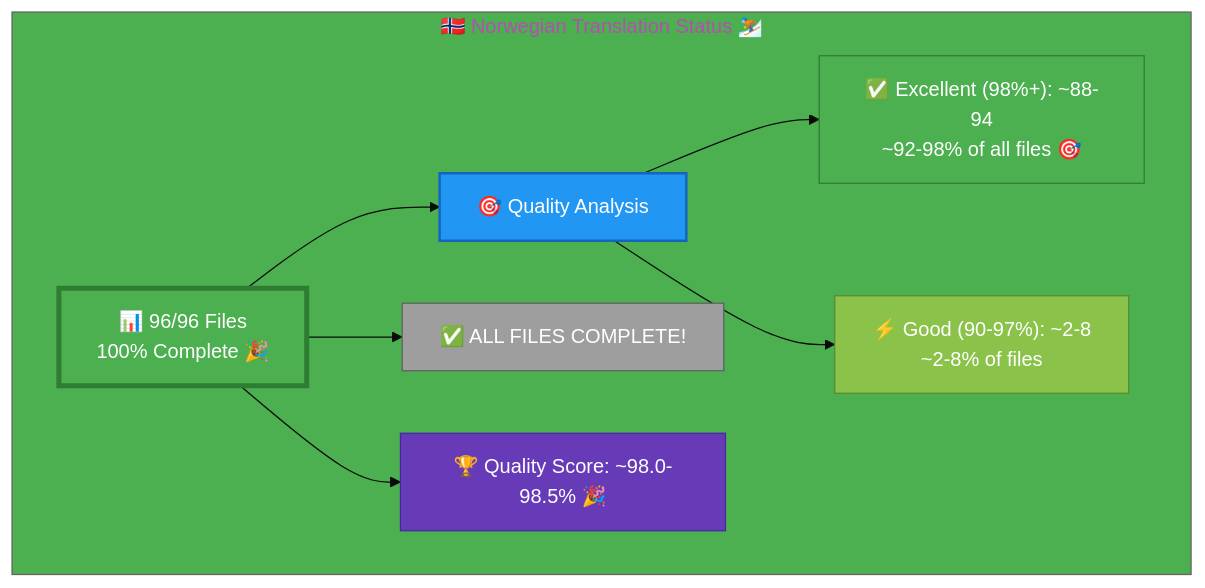
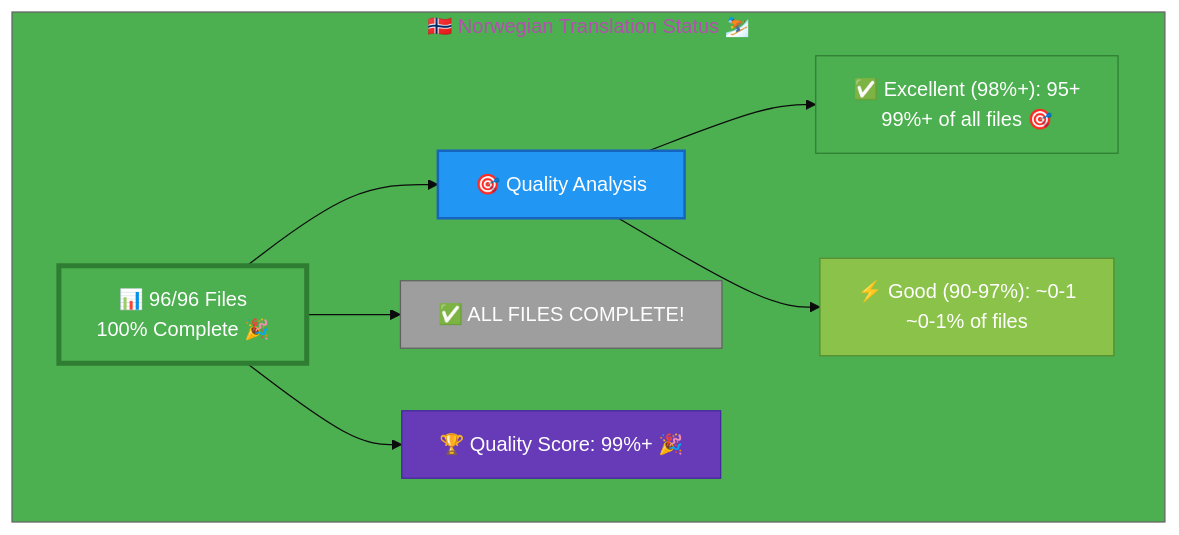
The diagram in Norwegian-Translation-Status.md (Hack23/homepage), drawn with Mermaid before and after one commit. The commit also changed other lines of this file and 2 other files, not shown here.

````diff
--- a/Norwegian-Translation-Status.md
+++ b/Norwegian-Translation-Status.md
@@ -12,22 +12,22 @@
 ```mermaid
 %%{init: {'theme':'base', 'themeVariables': {'primaryColor':'#4CAF50','secondaryColor':'#2196F3','tertiaryColor':'#4CAF50','fontSize':'16px'}}}%%
 graph TB
     subgraph "🇳🇴 Norwegian Translation Status ⛷️"
         A["📊 96/96 Files<br/>100% Complete 🎉 "]
         
         A --> B["🎯 Quality Analysis"]
-        B --> C["✅ Excellent (98%+): ~88-94<br/>~92-98% of all files 🎯"]
-        B --> D["⚡ Good (90-97%): ~2-8<br/>~2-8% of files"]
+        B --> C["✅ Excellent (98%+): 95+<br/>99%+ of all files 🎯"]
+        B --> D["⚡ Good (90-97%): ~0-1<br/>~0-1% of files"]
         
         A --> G["✅ ALL FILES COMPLETE!"]
         
-        A --> H["🏆 Quality Score: ~98.0-98.5% 🎉"]
+        A --> H["🏆 Quality Score: 99%+ 🎉"]
         
         style A fill:#4CAF50,stroke:#2E7D32,color:#fff,stroke-width:4px
         style B fill:#2196F3,stroke:#1565C0,color:#fff,stroke-width:2px
         style C fill:#4CAF50,stroke:#2E7D32,color:#fff
         style D fill:#8BC34A,stroke:#558B2F,color:#fff
         style G fill:#9E9E9E,stroke:#616161,color:#fff
         style H fill:#673AB7,stroke:#4527A0,color:#fff
     end
 ```
````
